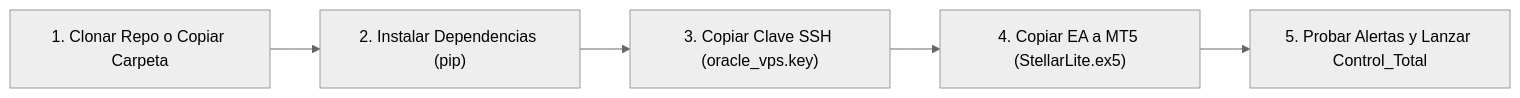
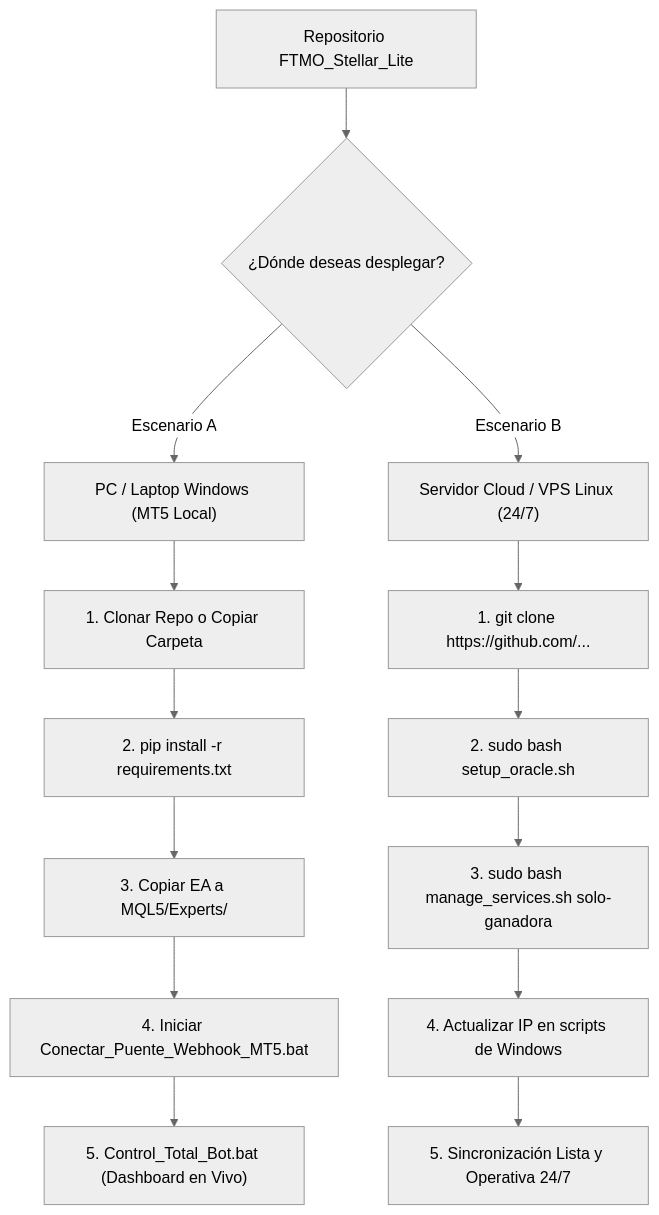
One commit to victorsvlynch/ftmo_stellar_lite changed the first of 2 diagrams in README.md. Above: the diagram before and after it, drawn with Mermaid (neutral theme). The commit also changed other lines of this file and 2 other files, not shown here.

````diff
--- a/README.md
+++ b/README.md
@@ -342,7 +335,18 @@
 ```mermaid
-flowchart LR
-    P1["1. Clonar Repo o Copiar Carpeta"] --> P2["2. Instalar Dependencias (pip)"]
-    P2 --> P3["3. Copiar Clave SSH (oracle_vps.key)"]
-    P3 --> P4["4. Copiar EA a MT5 (StellarLite.ex5)"]
-    P4 --> P5["5. Probar Alertas y Lanzar Control_Total"]
+flowchart TD
+    Inicio["Repositorio FTMO_Stellar_Lite"] --> Destino{"¿Dónde deseas desplegar?"}
+    
+    Destino -->|"Escenario A"| Win["PC / Laptop Windows (MT5 Local)"]
+    Win --> W1["1. Clonar Repo o Copiar Carpeta"]
+    W1 --> W2["2. pip install -r requirements.txt"]
+    W2 --> W3["3. Copiar EA a MQL5/Experts/"]
+    W3 --> W4["4. Iniciar Conectar_Puente_Webhook_MT5.bat"]
+    W4 --> W5["5. Control_Total_Bot.bat (Dashboard en Vivo)"]
+    
+    Destino -->|"Escenario B"| Linux["Servidor Cloud / VPS Linux (24/7)"]
+    Linux --> L1["1. git clone https://github.com/..."]
+    L1 --> L2["2. sudo bash setup_oracle.sh"]
+    L2 --> L3["3. sudo bash manage_services.sh solo-ganadora"]
+    L3 --> L4["4. Actualizar IP en scripts de Windows"]
+    L4 --> L5["5. Sincronización Lista y Operativa 24/7"]
 ```
````
